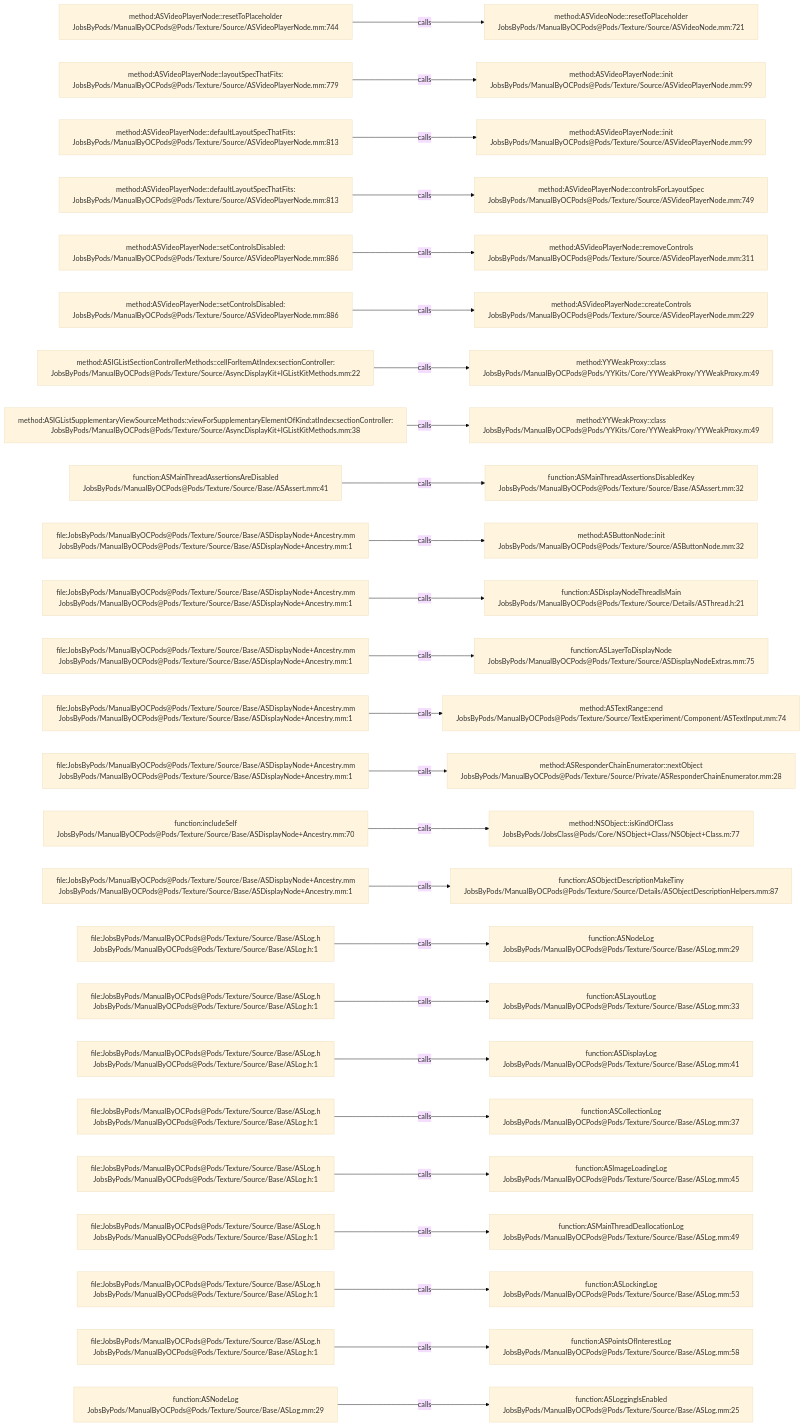
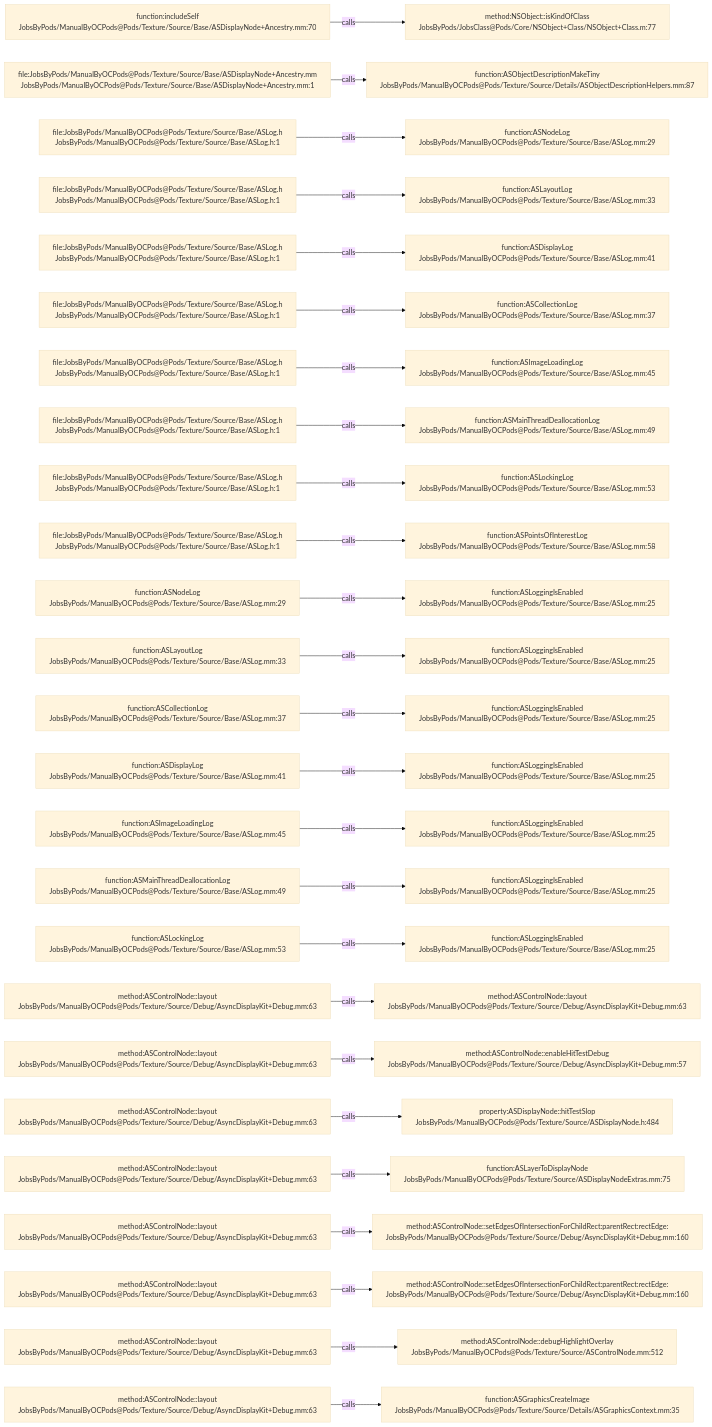
One commit to JobsKits/JobsOCBaseConfigDemo changed the diagram in .codegraph/codegraph.md/graphs/calls-149.md. Above: the diagram before and after it, drawn with Mermaid (base theme). The commit also changed 296 other files, not shown here.

````diff
--- a/.codegraph/codegraph.md/graphs/calls-149.md
+++ b/.codegraph/codegraph.md/graphs/calls-149.md
@@ -13,78 +13,78 @@
 ```mermaid
 flowchart LR
-  S1["method:ASVideoPlayerNode::resetToPlaceholder<br/>JobsByPods/ManualByOCPods@Pods/Texture/Source/ASVideoPlayerNode.mm:744"]
-  T1["method:ASVideoNode::resetToPlaceholder<br/>JobsByPods/ManualByOCPods@Pods/Texture/Source/ASVideoNode.mm:721"]
+  S1["function:includeSelf<br/>JobsByPods/ManualByOCPods@Pods/Texture/Source/Base/ASDisplayNode+Ancestry.mm:70"]
+  T1["method:NSObject::isKindOfClass<br/>JobsByPods/JobsClass@Pods/Core/NSObject+Class/NSObject+Class.m:77"]
   S1 -->|calls| T1
-  S2["method:ASVideoPlayerNode::layoutSpecThatFits:<br/>JobsByPods/ManualByOCPods@Pods/Texture/Source/ASVideoPlayerNode.mm:779"]
-  T2["method:ASVideoPlayerNode::init<br/>JobsByPods/ManualByOCPods@Pods/Texture/Source/ASVideoPlayerNode.mm:99"]
+  S2["file:JobsByPods/ManualByOCPods@Pods/Texture/Source/Base/ASDisplayNode+Ancestry.mm<br/>JobsByPods/ManualByOCPods@Pods/Texture/Source/Base/ASDisplayNode+Ancestry.mm:1"]
+  T2["function:ASObjectDescriptionMakeTiny<br/>JobsByPods/ManualByOCPods@Pods/Texture/Source/Details/ASObjectDescriptionHelpers.mm:87"]
   S2 -->|calls| T2
-  S3["method:ASVideoPlayerNode::defaultLayoutSpecThatFits:<br/>JobsByPods/ManualByOCPods@Pods/Texture/Source/ASVideoPlayerNode.mm:813"]
-  T3["method:ASVideoPlayerNode::init<br/>JobsByPods/ManualByOCPods@Pods/Texture/Source/ASVideoPlayerNode.mm:99"]
+  S3["file:JobsByPods/ManualByOCPods@Pods/Texture/Source/Base/ASLog.h<br/>JobsByPods/ManualByOCPods@Pods/Texture/Source/Base/ASLog.h:1"]
+  T3["function:ASNodeLog<br/>JobsByPods/ManualByOCPods@Pods/Texture/Source/Base/ASLog.mm:29"]
   S3 -->|calls| T3
-  S4["method:ASVideoPlayerNode::defaultLayoutSpecThatFits:<br/>JobsByPods/ManualByOCPods@Pods/Texture/Source/ASVideoPlayerNode.mm:813"]
-  T4["method:ASVideoPlayerNode::controlsForLayoutSpec<br/>JobsByPods/ManualByOCPods@Pods/Texture/Source/ASVideoPlayerNode.mm:749"]
+  S4["file:JobsByPods/ManualByOCPods@Pods/Texture/Source/Base/ASLog.h<br/>JobsByPods/ManualByOCPods@Pods/Texture/Source/Base/ASLog.h:1"]
+  T4["function:ASLayoutLog<br/>JobsByPods/ManualByOCPods@Pods/Texture/Source/Base/ASLog.mm:33"]
   S4 -->|calls| T4
-  S5["method:ASVideoPlayerNode::setControlsDisabled:<br/>JobsByPods/ManualByOCPods@Pods/Texture/Source/ASVideoPlayerNode.mm:886"]
-  T5["method:ASVideoPlayerNode::removeControls<br/>JobsByPods/ManualByOCPods@Pods/Texture/Source/ASVideoPlayerNode.mm:311"]
+  S5["file:JobsByPods/ManualByOCPods@Pods/Texture/Source/Base/ASLog.h<br/>JobsByPods/ManualByOCPods@Pods/Texture/Source/Base/ASLog.h:1"]
+  T5["function:ASDisplayLog<br/>JobsByPods/ManualByOCPods@Pods/Texture/Source/Base/ASLog.mm:41"]
   S5 -->|calls| T5
-  S6["method:ASVideoPlayerNode::setControlsDisabled:<br/>JobsByPods/ManualByOCPods@Pods/Texture/Source/ASVideoPlayerNode.mm:886"]
-  T6["method:ASVideoPlayerNode::createControls<br/>JobsByPods/ManualByOCPods@Pods/Texture/Source/ASVideoPlayerNode.mm:229"]
+  S6["file:JobsByPods/ManualByOCPods@Pods/Texture/Source/Base/ASLog.h<br/>JobsByPods/ManualByOCPods@Pods/Texture/Source/Base/ASLog.h:1"]
+  T6["function:ASCollectionLog<br/>JobsByPods/ManualByOCPods@Pods/Texture/Source/Base/ASLog.mm:37"]
   S6 -->|calls| T6
-  S7["method:ASIGListSectionControllerMethods::cellForItemAtIndex:sectionController:<br/>JobsByPods/ManualByOCPods@Pods/Texture/Source/AsyncDisplayKit+IGListKitMethods.mm:22"]
-  T7["method:YYWeakProxy::class<br/>JobsByPods/ManualByOCPods@Pods/YYKits/Core/YYWeakProxy/YYWeakProxy.m:49"]
+  S7["file:JobsByPods/ManualByOCPods@Pods/Texture/Source/Base/ASLog.h<br/>JobsByPods/ManualByOCPods@Pods/Texture/Source/Base/ASLog.h:1"]
+  T7["function:ASImageLoadingLog<br/>JobsByPods/ManualByOCPods@Pods/Texture/Source/Base/ASLog.mm:45"]
   S7 -->|calls| T7
-  S8["method:ASIGListSupplementaryViewSourceMethods::viewForSupplementaryElementOfKind:atIndex:sectionController:<br/>JobsByPods/ManualByOCPods@Pods/Texture/Source/AsyncDisplayKit+IGListKitMethods.mm:38"]
-  T8["method:YYWeakProxy::class<br/>JobsByPods/ManualByOCPods@Pods/YYKits/Core/YYWeakProxy/YYWeakProxy.m:49"]
+  S8["file:JobsByPods/ManualByOCPods@Pods/Texture/Source/Base/ASLog.h<br/>JobsByPods/ManualByOCPods@Pods/Texture/Source/Base/ASLog.h:1"]
+  T8["function:ASMainThreadDeallocationLog<br/>JobsByPods/ManualByOCPods@Pods/Texture/Source/Base/ASLog.mm:49"]
   S8 -->|calls| T8
-  S9["function:ASMainThreadAssertionsAreDisabled<br/>JobsByPods/ManualByOCPods@Pods/Texture/Source/Base/ASAssert.mm:41"]
-  T9["function:ASMainThreadAssertionsDisabledKey<br/>JobsByPods/ManualByOCPods@Pods/Texture/Source/Base/ASAssert.mm:32"]
+  S9["file:JobsByPods/ManualByOCPods@Pods/Texture/Source/Base/ASLog.h<br/>JobsByPods/ManualByOCPods@Pods/Texture/Source/Base/ASLog.h:1"]
+  T9["function:ASLockingLog<br/>JobsByPods/ManualByOCPods@Pods/Texture/Source/Base/ASLog.mm:53"]
   S9 -->|calls| T9
-  S10["file:JobsByPods/ManualByOCPods@Pods/Texture/Source/Base/ASDisplayNode+Ancestry.mm<br/>JobsByPods/ManualByOCPods@Pods/Texture/Source/Base/ASDisplayNode+Ancestry.mm:1"]
-  T10["method:ASButtonNode::init<br/>JobsByPods/ManualByOCPods@Pods/Texture/Source/ASButtonNode.mm:32"]
+  S10["file:JobsByPods/ManualByOCPods@Pods/Texture/Source/Base/ASLog.h<br/>JobsByPods/ManualByOCPods@Pods/Texture/Source/Base/ASLog.h:1"]
+  T10["function:ASPointsOfInterestLog<br/>JobsByPods/ManualByOCPods@Pods/Texture/Source/Base/ASLog.mm:58"]
   S10 -->|calls| T10
-  S11["file:JobsByPods/ManualByOCPods@Pods/Texture/Source/Base/ASDisplayNode+Ancestry.mm<br/>JobsByPods/ManualByOCPods@Pods/Texture/Source/Base/ASDisplayNode+Ancestry.mm:1"]
-  T11["function:ASDisplayNodeThreadIsMain<br/>JobsByPods/ManualByOCPods@Pods/Texture/Source/Details/ASThread.h:21"]
+  S11["function:ASNodeLog<br/>JobsByPods/ManualByOCPods@Pods/Texture/Source/Base/ASLog.mm:29"]
+  T11["function:ASLoggingIsEnabled<br/>JobsByPods/ManualByOCPods@Pods/Texture/Source/Base/ASLog.mm:25"]
   S11 -->|calls| T11
-  S12["file:JobsByPods/ManualByOCPods@Pods/Texture/Source/Base/ASDisplayNode+Ancestry.mm<br/>JobsByPods/ManualByOCPods@Pods/Texture/Source/Base/ASDisplayNode+Ancestry.mm:1"]
-  T12["function:ASLayerToDisplayNode<br/>JobsByPods/ManualByOCPods@Pods/Texture/Source/ASDisplayNodeExtras.mm:75"]
+  S12["function:ASLayoutLog<br/>JobsByPods/ManualByOCPods@Pods/Texture/Source/Base/ASLog.mm:33"]
+  T12["function:ASLoggingIsEnabled<br/>JobsByPods/ManualByOCPods@Pods/Texture/Source/Base/ASLog.mm:25"]
   S12 -->|calls| T12
-  S13["file:JobsByPods/ManualByOCPods@Pods/Texture/Source/Base/ASDisplayNode+Ancestry.mm<br/>JobsByPods/ManualByOCPods@Pods/Texture/Source/Base/ASDisplayNode+Ancestry.mm:1"]
-  T13["method:ASTextRange::end<br/>JobsByPods/ManualByOCPods@Pods/Texture/Source/TextExperiment/Component/ASTextInput.mm:74"]
+  S13["function:ASCollectionLog<br/>JobsByPods/ManualByOCPods@Pods/Texture/Source/Base/ASLog.mm:37"]
+  T13["function:ASLoggingIsEnabled<br/>JobsByPods/ManualByOCPods@Pods/Texture/Source/Base/ASLog.mm:25"]
   S13 -->|calls| T13
-  S14["file:JobsByPods/ManualByOCPods@Pods/Texture/Source/Base/ASDisplayNode+Ancestry.mm<br/>JobsByPods/ManualByOCPods@Pods/Texture/Source/Base/ASDisplayNode+Ancestry.mm:1"]
-  T14["method:ASResponderChainEnumerator::nextObject<br/>JobsByPods/ManualByOCPods@Pods/Texture/Source/Private/ASResponderChainEnumerator.mm:28"]
+  S14["function:ASDisplayLog<br/>JobsByPods/ManualByOCPods@Pods/Texture/Source/Base/ASLog.mm:41"]
+  T14["function:ASLoggingIsEnabled<br/>JobsByPods/ManualByOCPods@Pods/Texture/Source/Base/ASLog.mm:25"]
   S14 -->|calls| T14
-  S15["function:includeSelf<br/>JobsByPods/ManualByOCPods@Pods/Texture/Source/Base/ASDisplayNode+Ancestry.mm:70"]
-  T15["method:NSObject::isKindOfClass<br/>JobsByPods/JobsClass@Pods/Core/NSObject+Class/NSObject+Class.m:77"]
+  S15["function:ASImageLoadingLog<br/>JobsByPods/ManualByOCPods@Pods/Texture/Source/Base/ASLog.mm:45"]
+  T15["function:ASLoggingIsEnabled<br/>JobsByPods/ManualByOCPods@Pods/Texture/Source/Base/ASLog.mm:25"]
   S15 -->|calls| T15
-  S16["file:JobsByPods/ManualByOCPods@Pods/Texture/Source/Base/ASDisplayNode+Ancestry.mm<br/>JobsByPods/ManualByOCPods@Pods/Texture/Source/Base/ASDisplayNode+Ancestry.mm:1"]
-  T16["function:ASObjectDescriptionMakeTiny<br/>JobsByPods/ManualByOCPods@Pods/Texture/Source/Details/ASObjectDescriptionHelpers.mm:87"]
+  S16["function:ASMainThreadDeallocationLog<br/>JobsByPods/ManualByOCPods@Pods/Texture/Source/Base/ASLog.mm:49"]
+  T16["function:ASLoggingIsEnabled<br/>JobsByPods/ManualByOCPods@Pods/Texture/Source/Base/ASLog.mm:25"]
   S16 -->|calls| T16
-  S17["file:JobsByPods/ManualByOCPods@Pods/Texture/Source/Base/ASLog.h<br/>JobsByPods/ManualByOCPods@Pods/Texture/Source/Base/ASLog.h:1"]
-  T17["function:ASNodeLog<br/>JobsByPods/ManualByOCPods@Pods/Texture/Source/Base/ASLog.mm:29"]
+  S17["function:ASLockingLog<br/>JobsByPods/ManualByOCPods@Pods/Texture/Source/Base/ASLog.mm:53"]
+  T17["function:ASLoggingIsEnabled<br/>JobsByPods/ManualByOCPods@Pods/Texture/Source/Base/ASLog.mm:25"]
   S17 -->|calls| T17
-  S18["file:JobsByPods/ManualByOCPods@Pods/Texture/Source/Base/ASLog.h<br/>JobsByPods/ManualByOCPods@Pods/Texture/Source/Base/ASLog.h:1"]
-  T18["function:ASLayoutLog<br/>JobsByPods/ManualByOCPods@Pods/Texture/Source/Base/ASLog.mm:33"]
+  S18["method:ASControlNode::layout<br/>JobsByPods/ManualByOCPods@Pods/Texture/Source/Debug/AsyncDisplayKit+Debug.mm:63"]
+  T18["method:ASControlNode::layout<br/>JobsByPods/ManualByOCPods@Pods/Texture/Source/Debug/AsyncDisplayKit+Debug.mm:63"]
   S18 -->|calls| T18
-  S19["file:JobsByPods/ManualByOCPods@Pods/Texture/Source/Base/ASLog.h<br/>JobsByPods/ManualByOCPods@Pods/Texture/Source/Base/ASLog.h:1"]
-  T19["function:ASDisplayLog<br/>JobsByPods/ManualByOCPods@Pods/Texture/Source/Base/ASLog.mm:41"]
+  S19["method:ASControlNode::layout<br/>JobsByPods/ManualByOCPods@Pods/Texture/Source/Debug/AsyncDisplayKit+Debug.mm:63"]
+  T19["method:ASControlNode::enableHitTestDebug<br/>JobsByPods/ManualByOCPods@Pods/Texture/Source/Debug/AsyncDisplayKit+Debug.mm:57"]
   S19 -->|calls| T19
-  S20["file:JobsByPods/ManualByOCPods@Pods/Texture/Source/Base/ASLog.h<br/>JobsByPods/ManualByOCPods@Pods/Texture/Source/Base/ASLog.h:1"]
-  T20["function:ASCollectionLog<br/>JobsByPods/ManualByOCPods@Pods/Texture/Source/Base/ASLog.mm:37"]
+  S20["method:ASControlNode::layout<br/>JobsByPods/ManualByOCPods@Pods/Texture/Source/Debug/AsyncDisplayKit+Debug.mm:63"]
+  T20["property:ASDisplayNode::hitTestSlop<br/>JobsByPods/ManualByOCPods@Pods/Texture/Source/ASDisplayNode.h:484"]
   S20 -->|calls| T20
-  S21["file:JobsByPods/ManualByOCPods@Pods/Texture/Source/Base/ASLog.h<br/>JobsByPods/ManualByOCPods@Pods/Texture/Source/Base/ASLog.h:1"]
-  T21["function:ASImageLoadingLog<br/>JobsByPods/ManualByOCPods@Pods/Texture/Source/Base/ASLog.mm:45"]
+  S21["method:ASControlNode::layout<br/>JobsByPods/ManualByOCPods@Pods/Texture/Source/Debug/AsyncDisplayKit+Debug.mm:63"]
+  T21["function:ASLayerToDisplayNode<br/>JobsByPods/ManualByOCPods@Pods/Texture/Source/ASDisplayNodeExtras.mm:75"]
   S21 -->|calls| T21
-  S22["file:JobsByPods/ManualByOCPods@Pods/Texture/Source/Base/ASLog.h<br/>JobsByPods/ManualByOCPods@Pods/Texture/Source/Base/ASLog.h:1"]
-  T22["function:ASMainThreadDeallocationLog<br/>JobsByPods/ManualByOCPods@Pods/Texture/Source/Base/ASLog.mm:49"]
+  S22["method:ASControlNode::layout<br/>JobsByPods/ManualByOCPods@Pods/Texture/Source/Debug/AsyncDisplayKit+Debug.mm:63"]
+  T22["method:ASControlNode::setEdgesOfIntersectionForChildRect:parentRect:rectEdge:<br/>JobsByPods/ManualByOCPods@Pods/Texture/Source/Debug/AsyncDisplayKit+Debug.mm:160"]
   S22 -->|calls| T22
-  S23["file:JobsByPods/ManualByOCPods@Pods/Texture/Source/Base/ASLog.h<br/>JobsByPods/ManualByOCPods@Pods/Texture/Source/Base/ASLog.h:1"]
-  T23["function:ASLockingLog<br/>JobsByPods/ManualByOCPods@Pods/Texture/Source/Base/ASLog.mm:53"]
+  S23["method:ASControlNode::layout<br/>JobsByPods/ManualByOCPods@Pods/Texture/Source/Debug/AsyncDisplayKit+Debug.mm:63"]
+  T23["method:ASControlNode::setEdgesOfIntersectionForChildRect:parentRect:rectEdge:<br/>JobsByPods/ManualByOCPods@Pods/Texture/Source/Debug/AsyncDisplayKit+Debug.mm:160"]
   S23 -->|calls| T23
-  S24["file:JobsByPods/ManualByOCPods@Pods/Texture/Source/Base/ASLog.h<br/>JobsByPods/ManualByOCPods@Pods/Texture/Source/Base/ASLog.h:1"]
-  T24["function:ASPointsOfInterestLog<br/>JobsByPods/ManualByOCPods@Pods/Texture/Source/Base/ASLog.mm:58"]
+  S24["method:ASControlNode::layout<br/>JobsByPods/ManualByOCPods@Pods/Texture/Source/Debug/AsyncDisplayKit+Debug.mm:63"]
+  T24["method:ASControlNode::debugHighlightOverlay<br/>JobsByPods/ManualByOCPods@Pods/Texture/Source/ASControlNode.mm:512"]
   S24 -->|calls| T24
-  S25["function:ASNodeLog<br/>JobsByPods/ManualByOCPods@Pods/Texture/Source/Base/ASLog.mm:29"]
-  T25["function:ASLoggingIsEnabled<br/>JobsByPods/ManualByOCPods@Pods/Texture/Source/Base/ASLog.mm:25"]
+  S25["method:ASControlNode::layout<br/>JobsByPods/ManualByOCPods@Pods/Texture/Source/Debug/AsyncDisplayKit+Debug.mm:63"]
+  T25["function:ASGraphicsCreateImage<br/>JobsByPods/ManualByOCPods@Pods/Texture/Source/Details/ASGraphicsContext.mm:35"]
   S25 -->|calls| T25
 ```
````
